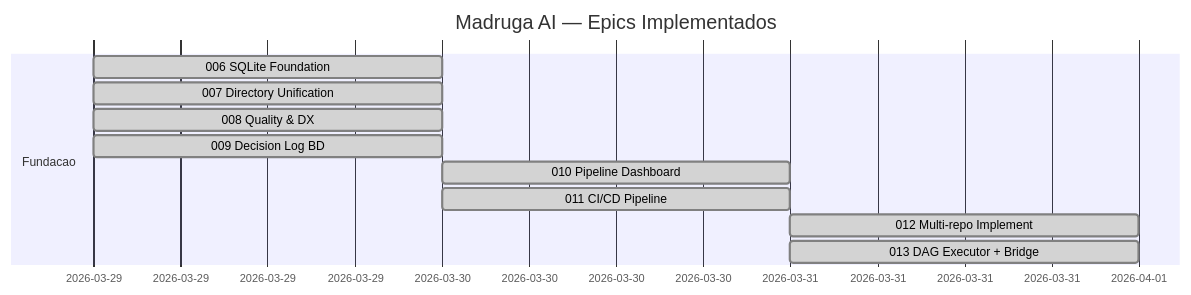
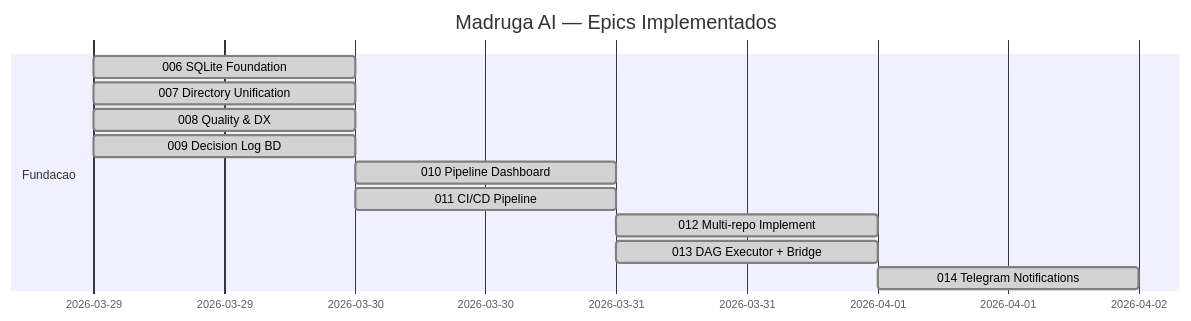
One commit to paceautomations/madruga.ai changed the first of 3 diagrams in platforms/madruga-ai/planning/roadmap.md. Above: the diagram before and after it, drawn with Mermaid. The commit also changed other lines of this file and 11 other files, not shown here.

````diff
--- a/platforms/madruga-ai/planning/roadmap.md
+++ b/platforms/madruga-ai/planning/roadmap.md
@@ -33,14 +33,15 @@
 ```mermaid
 gantt
     title Madruga AI — Epics Implementados
     dateFormat YYYY-MM-DD
     section Fundacao
     006 SQLite Foundation       :done, e006, 2026-03-29, 1d
     007 Directory Unification   :done, e007, 2026-03-29, 1d
     008 Quality & DX            :done, e008, 2026-03-29, 1d
     009 Decision Log BD         :done, e009, 2026-03-29, 1d
     010 Pipeline Dashboard      :done, e010, 2026-03-30, 1d
     011 CI/CD Pipeline          :done, e011, 2026-03-30, 1d
     012 Multi-repo Implement   :done, e012, 2026-03-31, 1d
     013 DAG Executor + Bridge    :done, e013, 2026-03-31, 1d
+    014 Telegram Notifications   :done, e014, 2026-04-01, 1d
 ```
````
